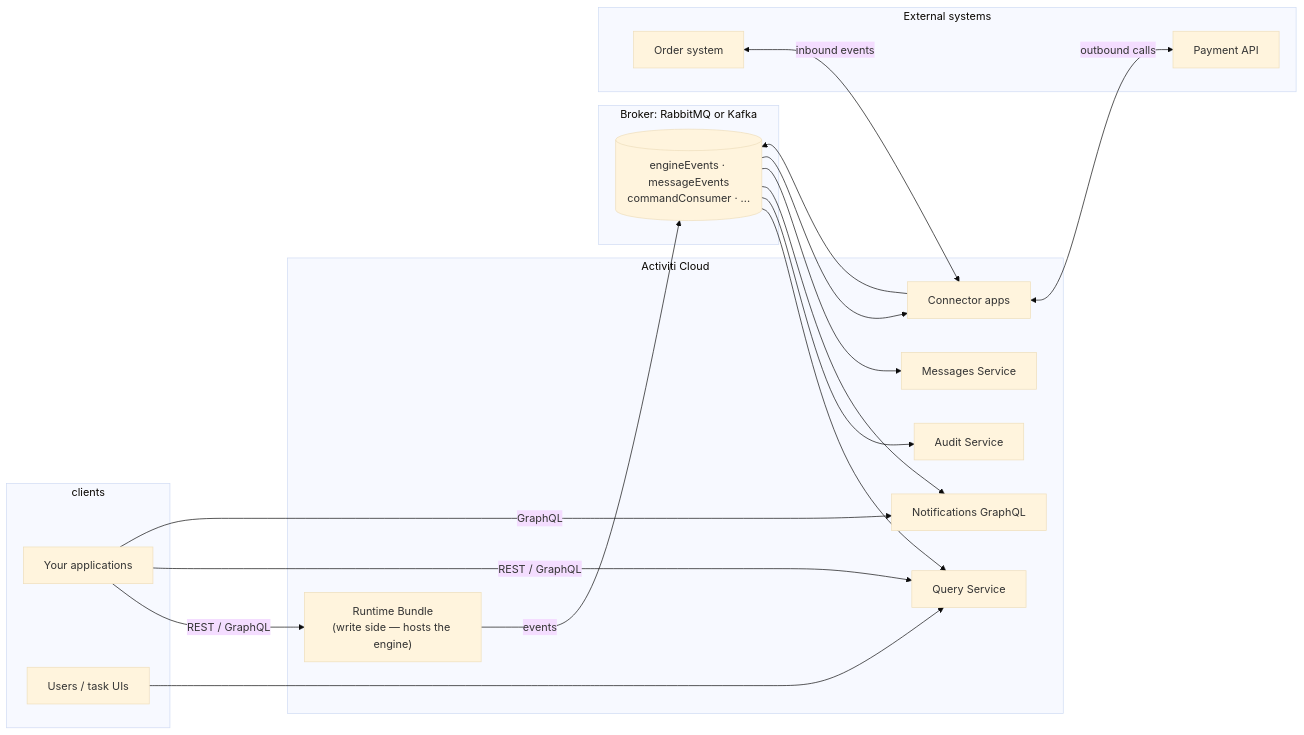
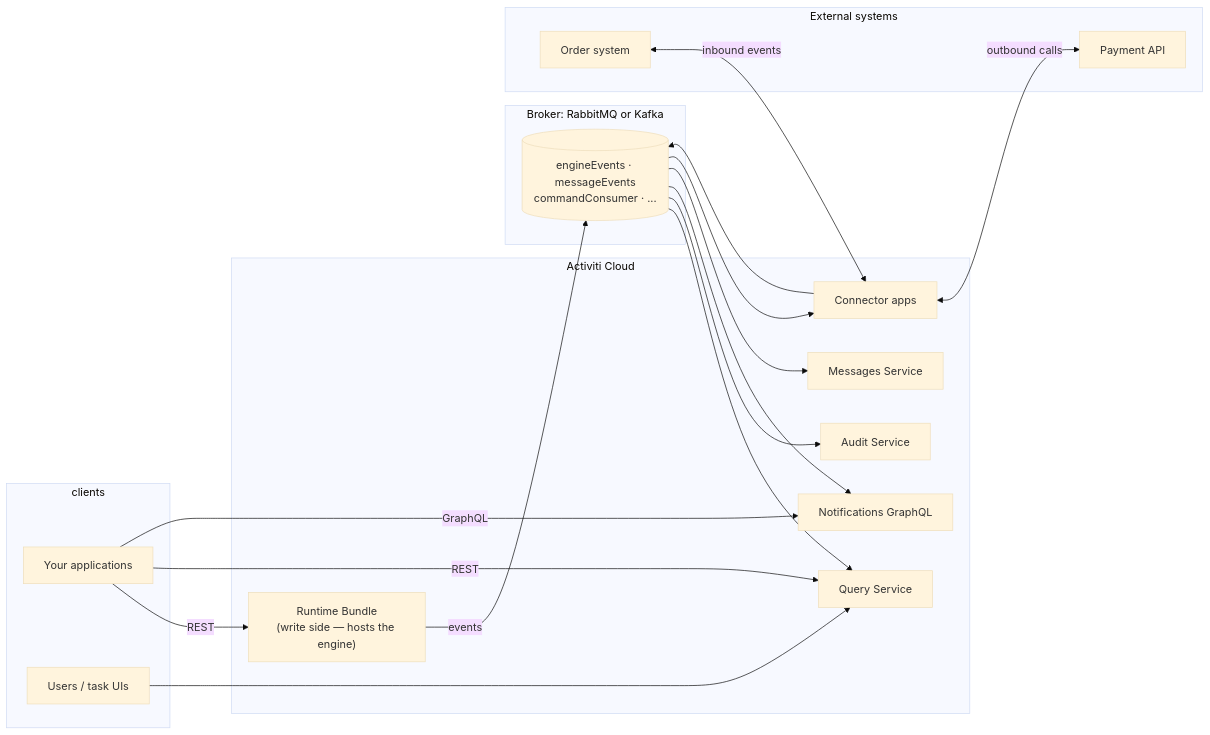
The diagram in docs/cloud/index.md (CaptainGlac1er/activiti-documentation), drawn with Mermaid (base theme) before and after one commit. The commit also changed 18 other files, not shown here.

````diff
--- a/docs/cloud/index.md
+++ b/docs/cloud/index.md
@@ -29,39 +29,39 @@
 ```mermaid
 flowchart LR
     subgraph clients
         A[Your applications]
         U[Users / task UIs]
     end
 
     subgraph activiti-cloud[Activiti Cloud]
         RB["Runtime Bundle<br/>(write side — hosts the engine)"]
         Q[Query Service]
         A8[Audit Service]
         M[Messages Service]
         G[Notifications GraphQL]
         C[Connector apps]
     end
 
     subgraph broker[Broker: RabbitMQ or Kafka]
         T[(engineEvents · messageEvents<br/>commandConsumer · ...)]
     end
 
     subgraph external[External systems]
         E1[Order system]
         E2[Payment API]
     end
 
-    A -->|REST / GraphQL| RB
-    A -->|REST / GraphQL| Q
+    A -->|REST| RB
+    A -->|REST| Q
     A -->|GraphQL| G
     U --> Q
     RB -->|events| T
     T --> Q
     T --> A8
     T --> G
     T --> M
     C --> T
     T --> C
     E1 <-->|inbound events| C
     C <-->|outbound calls| E2
 ```
````
